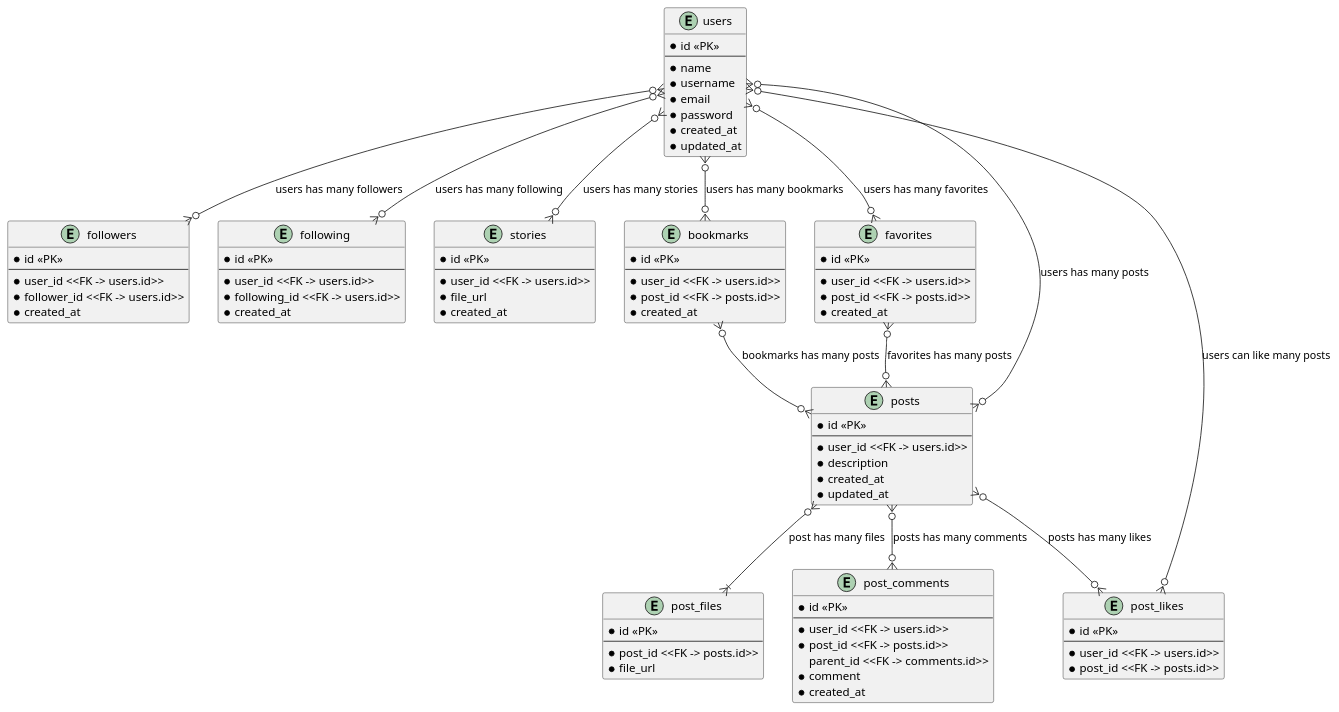
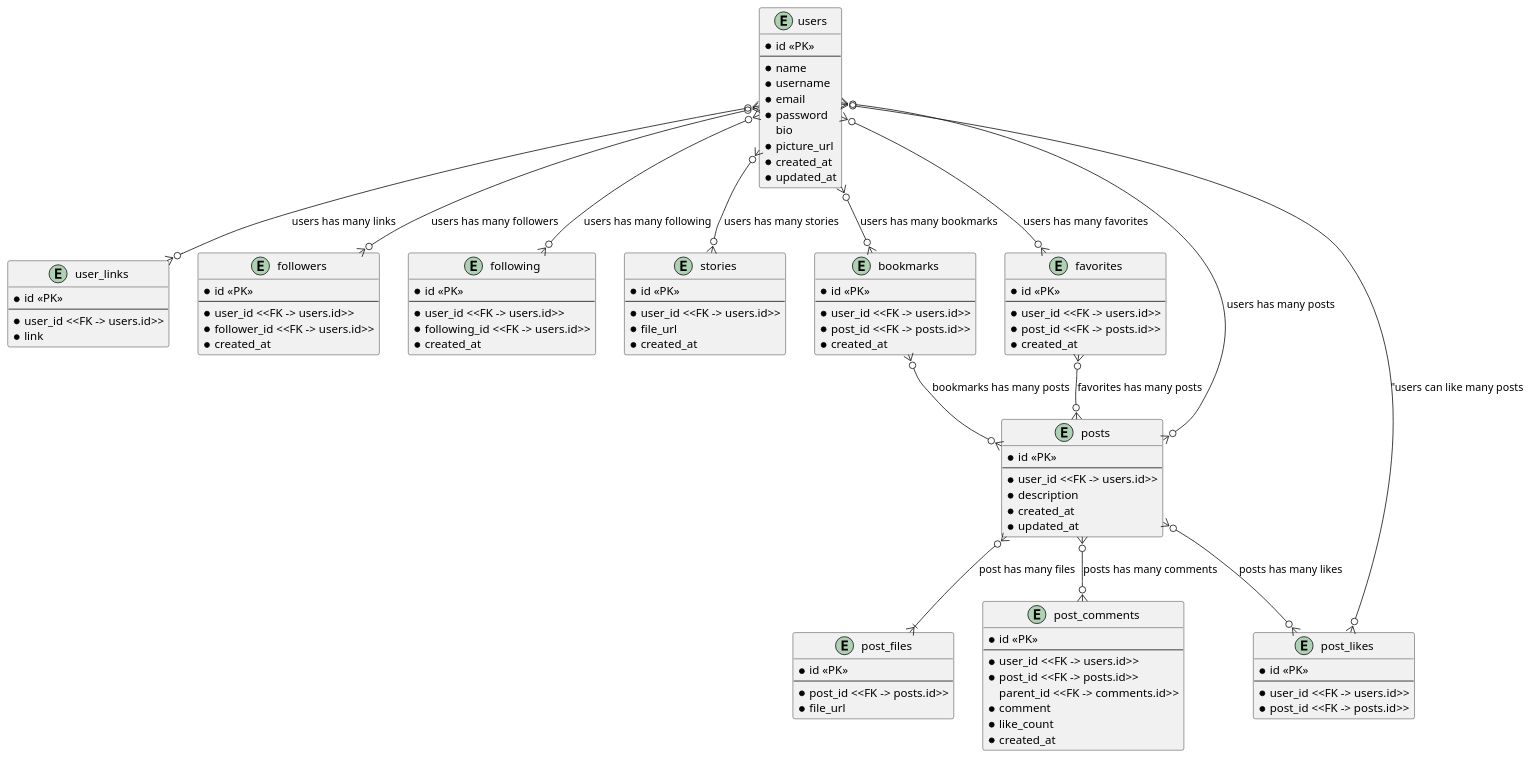
Before and after one commit to NovqiGarrix/instagram-clone: the diagram in api/db_design.puml, drawn with PlantUML. The commit also changed 31 other files, not shown here.

```diff
--- a/api/db_design.puml
+++ b/api/db_design.puml
@@ -1,105 +1,116 @@
 @startuml
 'https://plantuml.com/sequence-diagram
 
 'Instagram Clone
 
 entity users {
     * id <<PK>>
     --
     * name
     * username
     * email
     * password
+    bio
+    * picture_url
     * created_at
     * updated_at
+}
+
+entity user_links {
+    * id <<PK>>
+    --
+    * user_id <<FK -> users.id>>
+    * link
 }
 
 entity followers {
     * id <<PK>>
     --
     * user_id <<FK -> users.id>>
     * follower_id <<FK -> users.id>>
     * created_at
 }
 
 entity following {
     * id <<PK>>
     --
     * user_id <<FK -> users.id>>
     * following_id <<FK -> users.id>>
     * created_at
 }
 
 entity stories {
     * id <<PK>>
     --
     * user_id <<FK -> users.id>>
     * file_url
     * created_at
 }
 
 entity bookmarks {
     * id <<PK>>
     --
     * user_id <<FK -> users.id>>
     * post_id <<FK -> posts.id>>
     * created_at
 }
 
 entity favorites {
     * id <<PK>>
     --
     * user_id <<FK -> users.id>>
     * post_id <<FK -> posts.id>>
     * created_at
 }
 
 entity posts {
     * id <<PK>>
     --
     * user_id <<FK -> users.id>>
     * description
     * created_at
     * updated_at
 }
 
 entity post_files {
     * id <<PK>>
     --
     * post_id <<FK -> posts.id>>
     * file_url
 }
 
 entity post_comments {
     * id <<PK>>
     --
     * user_id <<FK -> users.id>>
     * post_id <<FK -> posts.id>>
     parent_id <<FK -> comments.id>>
     * comment
+    * like_count
     * created_at
 }
 
 entity post_likes {
     * id <<PK>>
     --
     * user_id <<FK -> users.id>>
     * post_id <<FK -> posts.id>>
 }
 
 'What is the relationship between the entities?
 users }o--o{ followers : users has many followers
+users }o--o{ user_links : users has many links
 users }o--o{ following : users has many following
 users }o--o{ stories : users has many stories
 users }o--o{ bookmarks : users has many bookmarks
 users }o--o{ favorites : users has many favorites
 users }o--o{ posts : users has many posts
 favorites }o--o{ posts : favorites has many posts
-bookmarks }o--o{ posts : bookmarks has many posts
+bookmarks }o--o{ posts : "bookmarks has many posts"
 posts }o--|{ post_files : post has many files
-users }o--o{ post_likes : users can like many posts
+users }o--o{ post_likes : ""users can like many posts"
 posts }o--o{ post_comments : posts has many comments
 posts }o--o{ post_likes : posts has many likes
 
 
 @enduml
```
